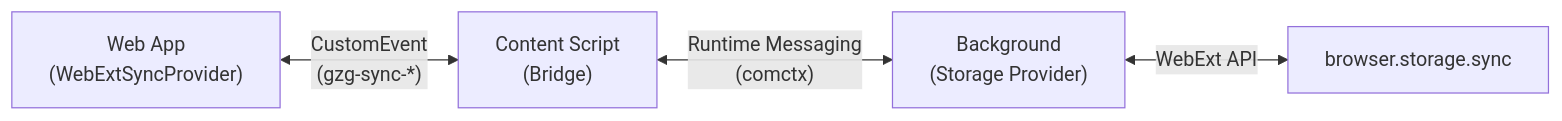
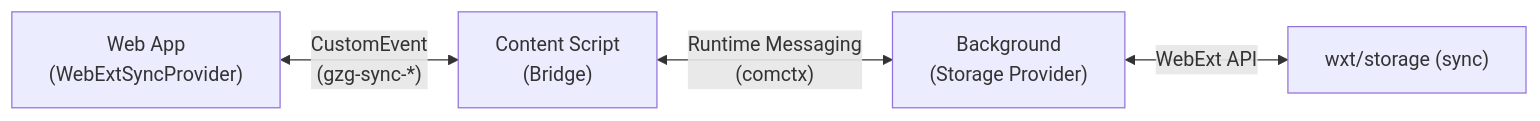
One commit to rugk/gzgtracker changed the diagram in extension/README.md. Above: the diagram before and after it, drawn with Mermaid. The commit also changed other lines of this file and 8 other files, not shown here.

Commit message:
refactor: use @wxt-dev/storage for accessing storage data actually

````diff
--- a/extension/README.md
+++ b/extension/README.md
@@ -36,6 +36,6 @@
 ```mermaid
 graph LR
     WebApp["Web App\n(WebExtSyncProvider)"] <-->|" CustomEvent\n(gzg-sync-*) "| ContentScript["Content Script\n(Bridge)"]
     ContentScript <-->|" Runtime Messaging\n(comctx) "| Background["Background\n(Storage Provider)"]
-    Background <-->|" WebExt API "| Storage["browser.storage.sync"]
+  Background <-->|" WebExt API "| Storage["wxt/storage (sync)"]
 ```
````
